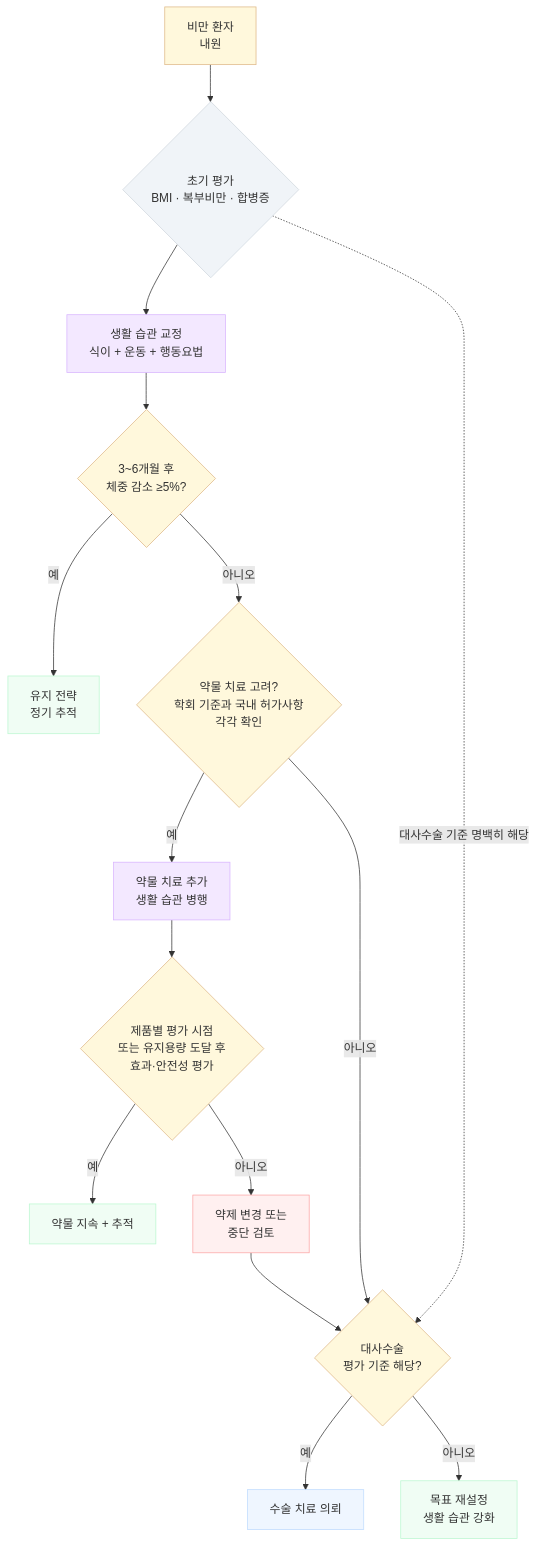
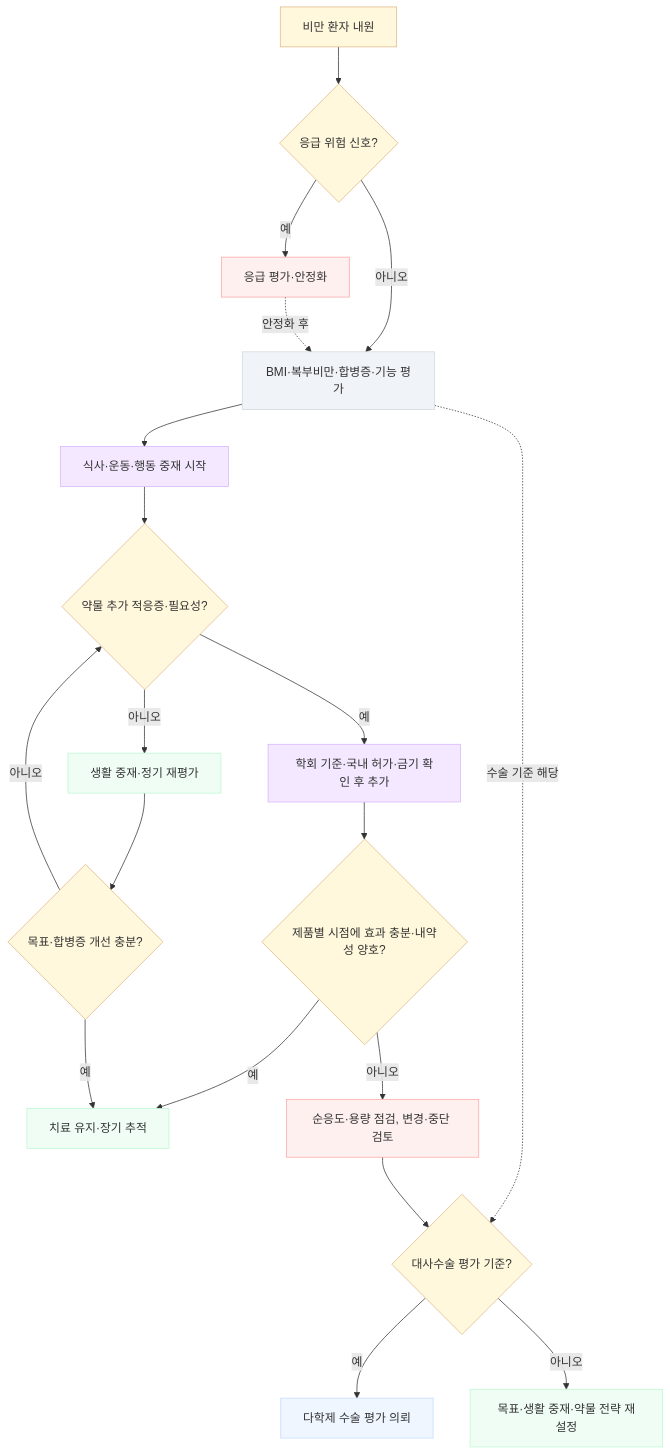
The diagram in 230_/191_-obesity.md (familyoh77/familyoh77), drawn with Mermaid before and after one commit. The commit also changed other lines of this file and 9 other files, not shown here.

````diff
--- a/230_/191_-obesity.md
+++ b/230_/191_-obesity.md
@@ -249,31 +252,34 @@
 ```mermaid
 flowchart TD
-    A[비만 환자\n내원] --> B{초기 평가\nBMI · 복부비만 · 합병증}
-    B --> C[생활 습관 교정\n식이 + 운동 + 행동요법]
-    C --> D{3~6개월 후\n체중 감소 ≥5%?}
-    D -- 예 --> E[유지 전략\n정기 추적]
-    D -- 아니오 --> F{약물 치료 고려?\n학회 기준과 국내 허가사항\n각각 확인}
-    B -. 대사수술 기준 명백히 해당 .-> K{대사수술\n평가 기준 해당?}
-    F -- 예 --> G[약물 치료 추가\n생활 습관 병행]
-    G --> H{제품별 평가 시점\n또는 유지용량 도달 후\n효과·안전성 평가}
-    H -- 예 --> I[약물 지속 + 추적]
-    H -- 아니오 --> J[약제 변경 또는\n중단 검토]
+    A["비만 환자 내원"] --> R{"응급 위험 신호?"}
+    R -- 예 --> Q["응급 평가·안정화"]
+    R -- 아니오 --> B["BMI·복부비만·합병증·기능 평가"]
+    Q -. 안정화 후 .-> B
+    B --> C["식사·운동·행동 중재 시작"]
+    C --> F{"약물 추가 적응증·필요성?"}
+    F -- 예 --> G["학회 기준·국내 허가·금기 확인 후 추가"]
+    F -- 아니오 --> E["생활 중재·정기 재평가"]
+    G --> H{"제품별 시점에 효과 충분·내약성 양호?"}
+    H -- 예 --> I["치료 유지·장기 추적"]
+    H -- 아니오 --> J["순응도·용량 점검, 변경·중단 검토"]
+    E --> D{"목표·합병증 개선 충분?"}
+    D -- 예 --> I
+    D -- 아니오 --> F
+    B -. 수술 기준 해당 .-> K{"대사수술 평가 기준?"}
     J --> K
-    F -- 아니오 --> K
-    K -- 예 --> L[수술 치료 의뢰]
-    K -- 아니오 --> M[목표 재설정\n생활 습관 강화]
+    K -- 예 --> L["다학제 수술 평가 의뢰"]
+    K -- 아니오 --> M["목표·생활 중재·약물 전략 재설정"]
 
     classDef evalNode fill:#FFF8DC,stroke:#DEB887,stroke-width:1px
     classDef condNode fill:#F0F4F8,stroke:#D0D7DE,stroke-width:1px
     classDef txNode fill:#F3E8FF,stroke:#D8B4FE,stroke-width:1px
     classDef successNode fill:#F0FDF4,stroke:#BBF7D0,stroke-width:1px
     classDef failNode fill:#FFF0F0,stroke:#FCA5A5,stroke-width:1px
     classDef referNode fill:#EFF6FF,stroke:#BFDBFE,stroke-width:1px
-
-    class A,D,F,H,K evalNode
+    class A,R,D,F,H,K evalNode
     class B condNode
     class C,G txNode
     class E,I,M successNode
-    class J failNode
+    class J,Q failNode
     class L referNode
 ```
````
